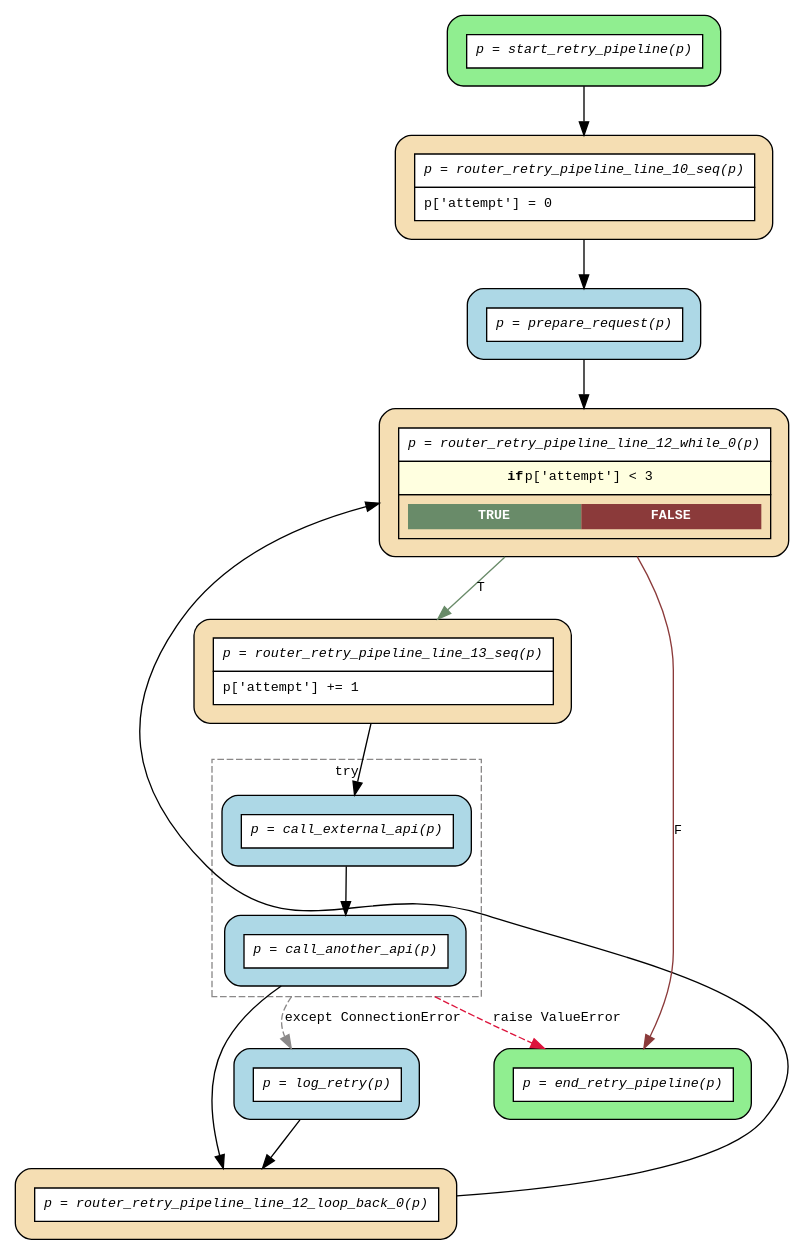
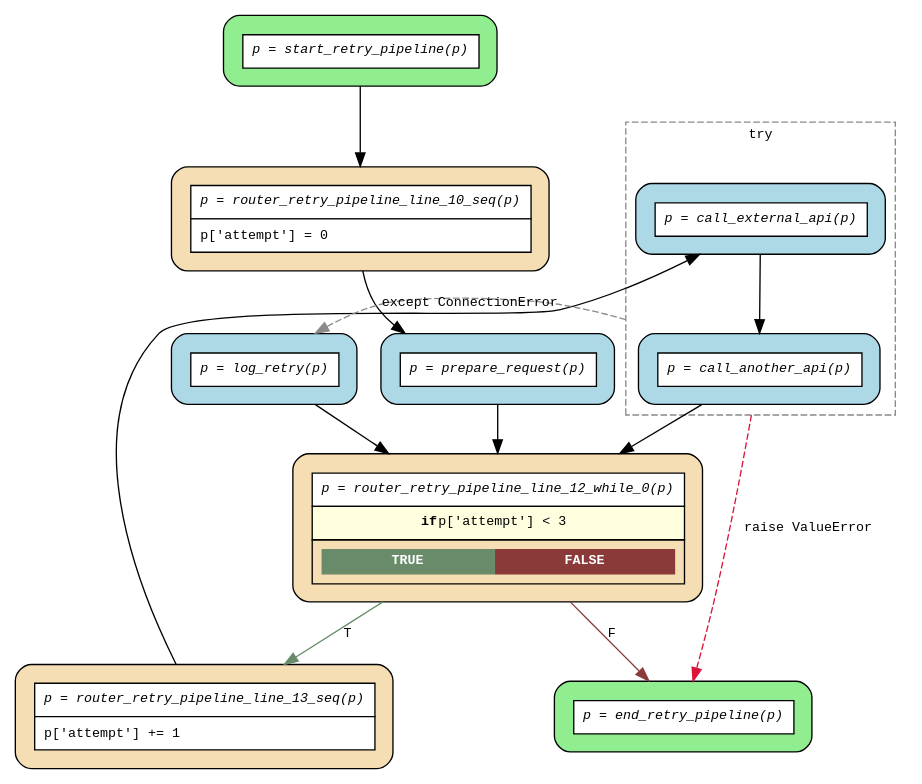
One commit to deliveryhero/asya changed the diagram in examples/flows/compiled/try_except_retry_loop/flow.dot. Above: the diagram before and after it, drawn with Graphviz. The commit also changed 40 other files, not shown here.

First line of the commit message:
fix(grouper): eliminate no-op loop_back routers for conditional while loops

```diff
--- a/examples/flows/compiled/try_except_retry_loop/flow.dot
+++ b/examples/flows/compiled/try_except_retry_loop/flow.dot
@@ -1,38 +1,36 @@
 digraph flow {
   rankdir=TB;
   compound=true;
   graph [fontname="Courier", fontsize=10];
   node [fontname="Courier", fontsize=10, shape=box, style="filled,rounded", margin="0.2"];
   edge [fontname="Courier", fontsize=10];
 
   start_retry_pipeline [fillcolor="lightgreen", label=<<table border="0" cellspacing="0" cellpadding="6" cellborder="1"><tr><td bgcolor="white" align="center"><i>p = start_retry_pipeline(p)</i></td></tr></table>>];
   router_retry_pipeline_line_13_seq [fillcolor="wheat", label=<<table border="0" cellspacing="0" cellpadding="6" cellborder="1"><tr><td bgcolor="white" align="center"><i>p = router_retry_pipeline_line_13_seq(p)</i></td></tr><tr><td bgcolor="white" align="left">p['attempt'] += 1</td></tr></table>>];
-  router_retry_pipeline_line_12_loop_back_0 [fillcolor="wheat", label=<<table border="0" cellspacing="0" cellpadding="6" cellborder="1"><tr><td bgcolor="white" align="center"><i>p = router_retry_pipeline_line_12_loop_back_0(p)</i></td></tr></table>>];
   router_retry_pipeline_line_12_while_0 [fillcolor="wheat", label=<<table border="0" cellspacing="0" cellpadding="6" cellborder="1"><tr><td bgcolor="white" align="center"><i>p = router_retry_pipeline_line_12_while_0(p)</i></td></tr><tr><td bgcolor="lightyellow"><b>if</b> p['attempt'] &lt; 3</td></tr><tr><td><table border="0" cellspacing="0" cellpadding="4"><tr><td bgcolor="darkseagreen4"><font color="white"><b>TRUE</b></font></td><td bgcolor="indianred4"><font color="white"><b>FALSE</b></font></td></tr></table></td></tr></table>>];
   router_retry_pipeline_line_10_seq [fillcolor="wheat", label=<<table border="0" cellspacing="0" cellpadding="6" cellborder="1"><tr><td bgcolor="white" align="center"><i>p = router_retry_pipeline_line_10_seq(p)</i></td></tr><tr><td bgcolor="white" align="left">p['attempt'] = 0</td></tr></table>>];
   end_retry_pipeline [fillcolor="lightgreen", label=<<table border="0" cellspacing="0" cellpadding="6" cellborder="1"><tr><td bgcolor="white" align="center"><i>p = end_retry_pipeline(p)</i></td></tr></table>>];
   log_retry [fillcolor="lightblue", label=<<table border="0" cellspacing="0" cellpadding="6" cellborder="1"><tr><td bgcolor="white" align="center"><i>p = log_retry(p)</i></td></tr></table>>];
   prepare_request [fillcolor="lightblue", label=<<table border="0" cellspacing="0" cellpadding="6" cellborder="1"><tr><td bgcolor="white" align="center"><i>p = prepare_request(p)</i></td></tr></table>>];
   subgraph cluster_try_0 {
     style=dashed;
     color="snow4";
     fontname="Courier";
     fontsize=10;
     label="try";
     call_another_api [fillcolor="lightblue", label=<<table border="0" cellspacing="0" cellpadding="6" cellborder="1"><tr><td bgcolor="white" align="center"><i>p = call_another_api(p)</i></td></tr></table>>];
     call_external_api [fillcolor="lightblue", label=<<table border="0" cellspacing="0" cellpadding="6" cellborder="1"><tr><td bgcolor="white" align="center"><i>p = call_external_api(p)</i></td></tr></table>>];
   }
 
   call_another_api -> end_retry_pipeline [ltail=cluster_try_0, color=crimson, style=dashed, label="raise ValueError"];
   call_another_api -> log_retry [ltail=cluster_try_0, color=snow4, style=dashed, label="except ConnectionError"];
-  call_another_api -> router_retry_pipeline_line_12_loop_back_0;
+  call_another_api -> router_retry_pipeline_line_12_while_0;
   call_external_api -> call_another_api;
-  log_retry -> router_retry_pipeline_line_12_loop_back_0;
+  log_retry -> router_retry_pipeline_line_12_while_0;
   prepare_request -> router_retry_pipeline_line_12_while_0;
   router_retry_pipeline_line_10_seq -> prepare_request;
-  router_retry_pipeline_line_12_loop_back_0 -> router_retry_pipeline_line_12_while_0 [constraint=false];
   router_retry_pipeline_line_12_while_0 -> end_retry_pipeline [label="F", color=indianred4];
   router_retry_pipeline_line_12_while_0 -> router_retry_pipeline_line_13_seq [label="T", color=darkseagreen4];
   router_retry_pipeline_line_13_seq -> call_external_api;
   start_retry_pipeline -> router_retry_pipeline_line_10_seq;
 }
```
